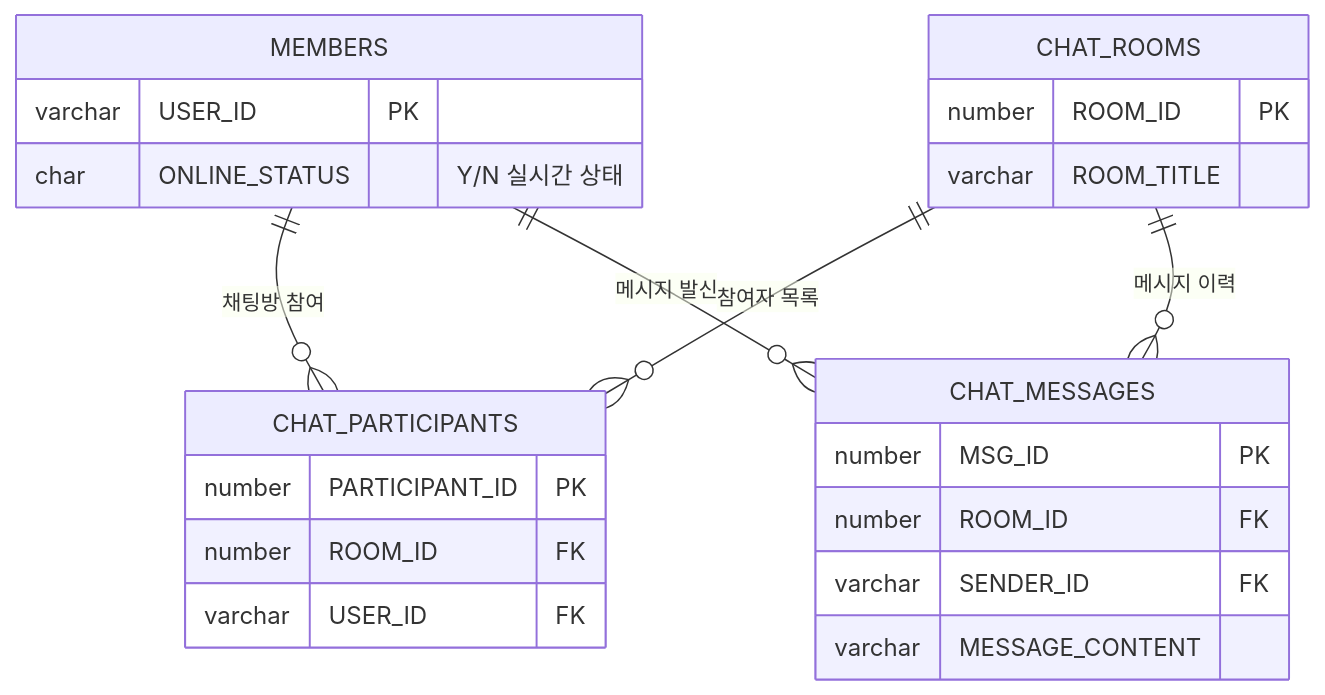
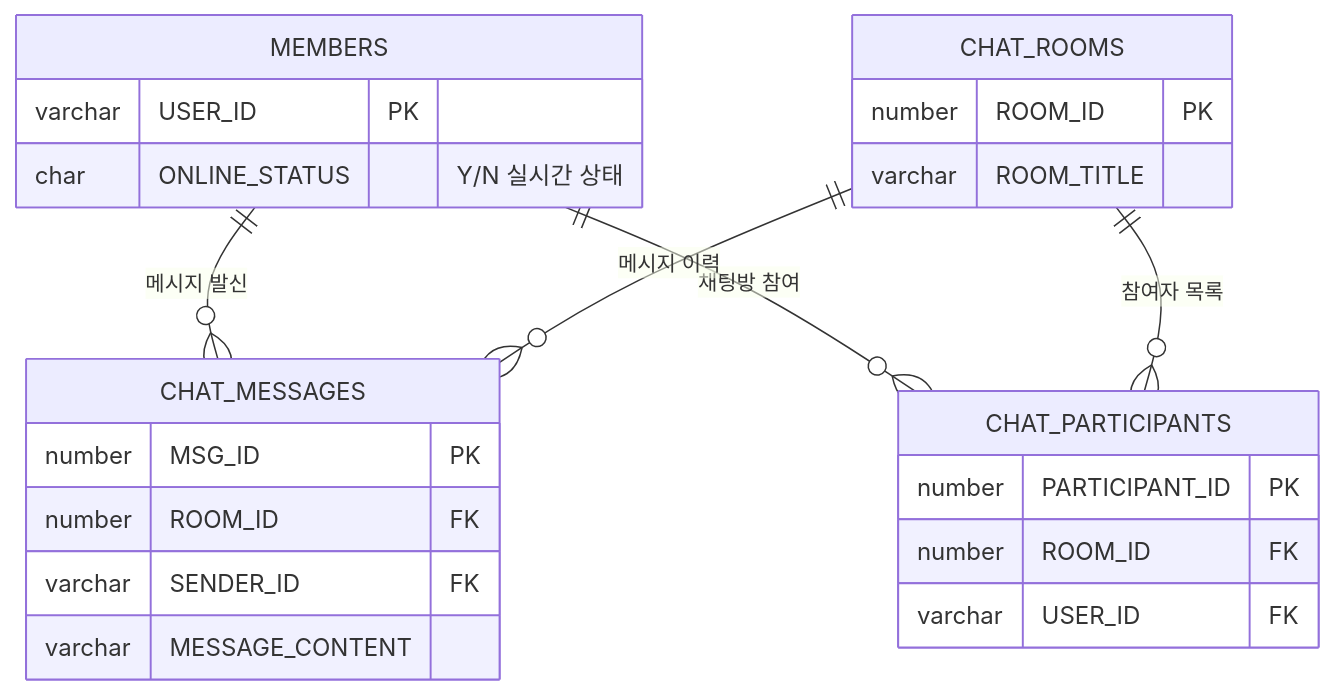
Before and after one commit to KJH-Portfolio/202602-Environmenta-Organization: the diagram in README.md, drawn with Mermaid. The commit also changed other lines of this file, not shown here.

````diff
--- a/README.md
+++ b/README.md
@@ -129,27 +130,27 @@
   ```mermaid
   erDiagram
       MEMBERS {
           varchar USER_ID PK
           char    ONLINE_STATUS "Y/N 실시간 상태"
-      }
-      CHAT_ROOMS {
-          number  ROOM_ID PK
-          varchar ROOM_TITLE
-      }
-      CHAT_PARTICIPANTS {
-          number  PARTICIPANT_ID PK
-          number  ROOM_ID FK
-          varchar USER_ID FK
       }
       CHAT_MESSAGES {
           number  MSG_ID PK
           number  ROOM_ID FK
           varchar SENDER_ID FK
           varchar MESSAGE_CONTENT
       }
+      CHAT_PARTICIPANTS {
+          number  PARTICIPANT_ID PK
+          number  ROOM_ID FK
+          varchar USER_ID FK
+      }
+      CHAT_ROOMS {
+          number  ROOM_ID PK
+          varchar ROOM_TITLE
+      }
 
+      MEMBERS ||--o{ CHAT_MESSAGES : "메시지 발신"
       MEMBERS ||--o{ CHAT_PARTICIPANTS : "채팅방 참여"
+      CHAT_ROOMS ||--o{ CHAT_MESSAGES : "메시지 이력"
       CHAT_ROOMS ||--o{ CHAT_PARTICIPANTS : "참여자 목록"
-      CHAT_ROOMS ||--o{ CHAT_MESSAGES : "메시지 이력"
-      MEMBERS ||--o{ CHAT_MESSAGES : "메시지 발신"
   ```
````
